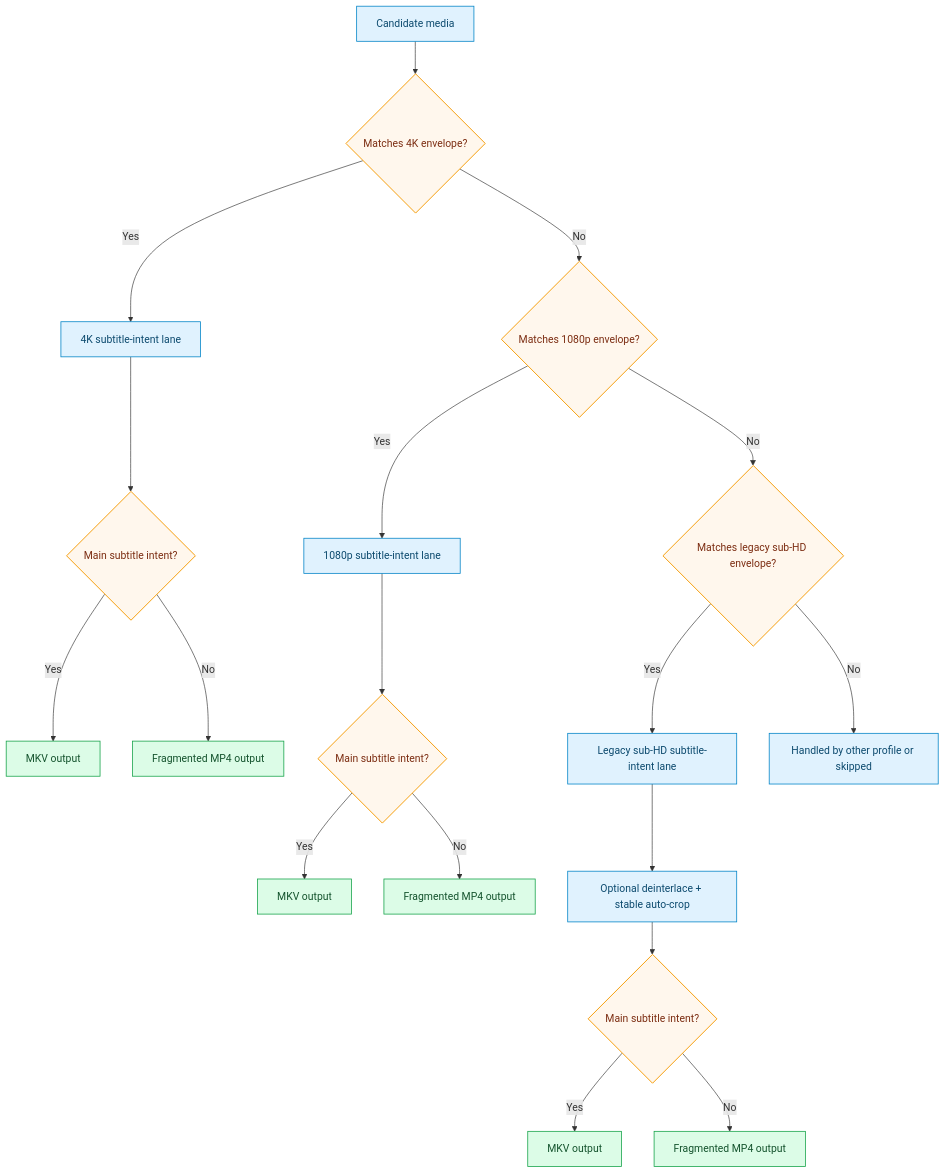
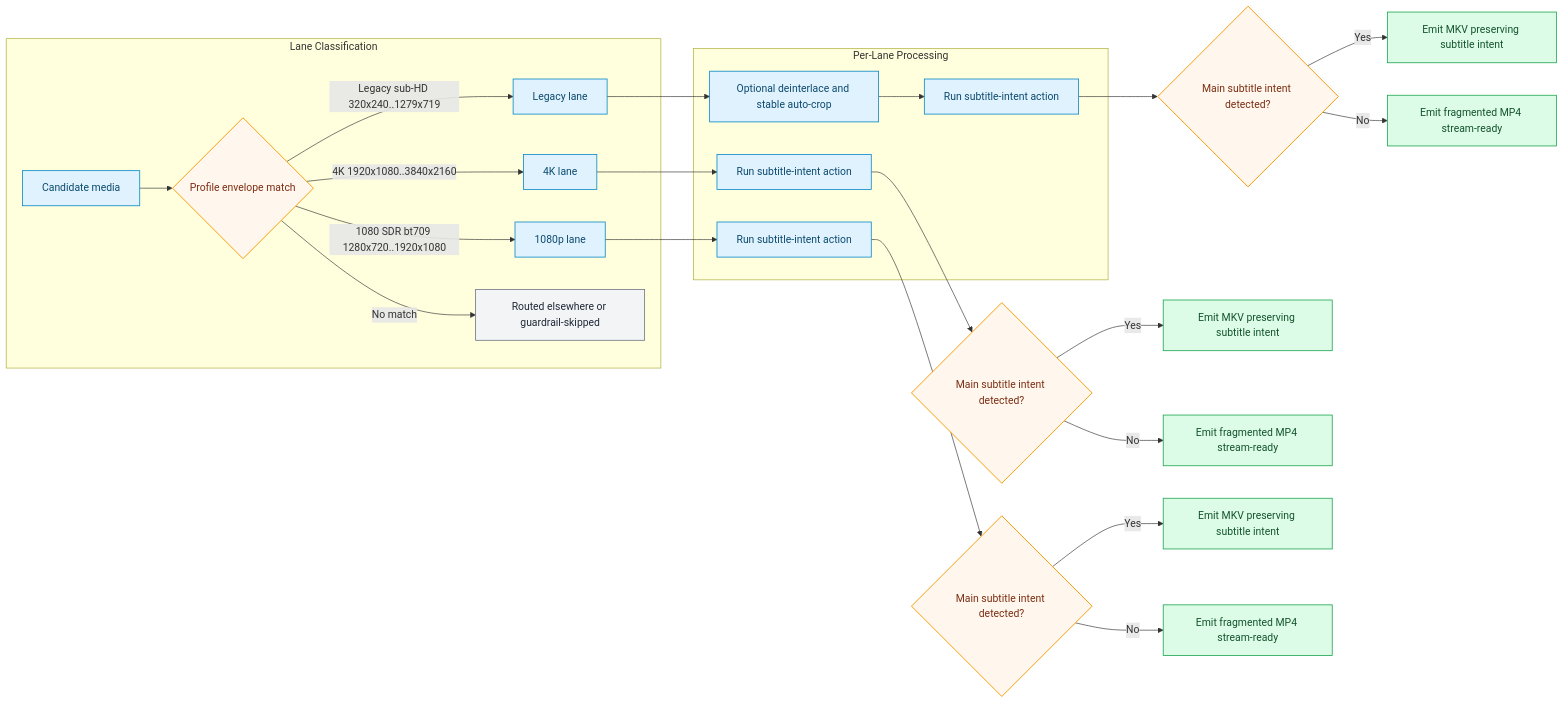
Before and after one commit to CraigWatt/vfo: the diagram in platform/docs-site/docs/profiles/packs/netflixy-main-subtitle-intent.md, drawn with Mermaid. The commit also changed 23 other files, not shown here.

Commit message:
docs(ci): improve profile flows and add packages/deployments lanes

````diff
--- a/platform/docs-site/docs/profiles/packs/netflixy-main-subtitle-intent.md
+++ b/platform/docs-site/docs/profiles/packs/netflixy-main-subtitle-intent.md
@@ -45,27 +45,35 @@
 ```mermaid
-flowchart TD
+flowchart LR
   classDef stage fill:#e0f2fe,stroke:#0284c7,color:#0c4a6e,stroke-width:1.2px;
   classDef gate fill:#fff7ed,stroke:#f59e0b,color:#7c2d12,stroke-width:1.5px;
   classDef output fill:#dcfce7,stroke:#16a34a,color:#14532d,stroke-width:1.2px;
+  classDef skip fill:#f3f4f6,stroke:#6b7280,color:#1f2937,stroke-width:1.2px;
 
-  A[Candidate media]:::stage --> B{Matches 4K envelope?}:::gate
-  B -->|Yes| C[4K subtitle-intent lane]:::stage
-  B -->|No| D{Matches 1080p envelope?}:::gate
-  D -->|Yes| E[1080p subtitle-intent lane]:::stage
-  D -->|No| F{Matches legacy sub-HD envelope?}:::gate
-  F -->|Yes| G[Legacy sub-HD subtitle-intent lane]:::stage
-  F -->|No| X[Handled by other profile or skipped]:::stage
+  subgraph Intake["Lane Classification"]
+    A[Candidate media]:::stage --> B{Profile envelope match}:::gate
+    B -->|4K 1920x1080..3840x2160| C[4K lane]:::stage
+    B -->|1080 SDR bt709 1280x720..1920x1080| D[1080p lane]:::stage
+    B -->|Legacy sub-HD 320x240..1279x719| E[Legacy lane]:::stage
+    B -->|No match| X[Routed elsewhere or guardrail-skipped]:::skip
+  end
 
-  C --> Cq{Main subtitle intent?}:::gate
-  Cq -->|Yes| Cmkv[MKV output]:::output
-  Cq -->|No| Cmp4[Fragmented MP4 output]:::output
+  subgraph Processing["Per-Lane Processing"]
+    C --> C0[Run subtitle-intent action]:::stage
+    D --> D0[Run subtitle-intent action]:::stage
+    E --> E0[Optional deinterlace and stable auto-crop]:::stage
+    E0 --> E1[Run subtitle-intent action]:::stage
+  end
 
-  E --> Eq{Main subtitle intent?}:::gate
-  Eq -->|Yes| Emkv[MKV output]:::output
-  Eq -->|No| Emp4[Fragmented MP4 output]:::output
+  C0 --> Cq{Main subtitle intent detected?}:::gate
+  D0 --> Dq{Main subtitle intent detected?}:::gate
+  E1 --> Eq{Main subtitle intent detected?}:::gate
 
-  G --> Gprep[Optional deinterlace + stable auto-crop]:::stage
-  Gprep --> Gq{Main subtitle intent?}:::gate
-  Gq -->|Yes| Gmkv[MKV output]:::output
-  Gq -->|No| Gmp4[Fragmented MP4 output]:::output
+  Cq -->|Yes| Cmkv[Emit MKV preserving subtitle intent]:::output
+  Cq -->|No| Cmp4[Emit fragmented MP4 stream-ready]:::output
+
+  Dq -->|Yes| Dmkv[Emit MKV preserving subtitle intent]:::output
+  Dq -->|No| Dmp4[Emit fragmented MP4 stream-ready]:::output
+
+  Eq -->|Yes| Emkv[Emit MKV preserving subtitle intent]:::output
+  Eq -->|No| Emp4[Emit fragmented MP4 stream-ready]:::output
 ```
````
